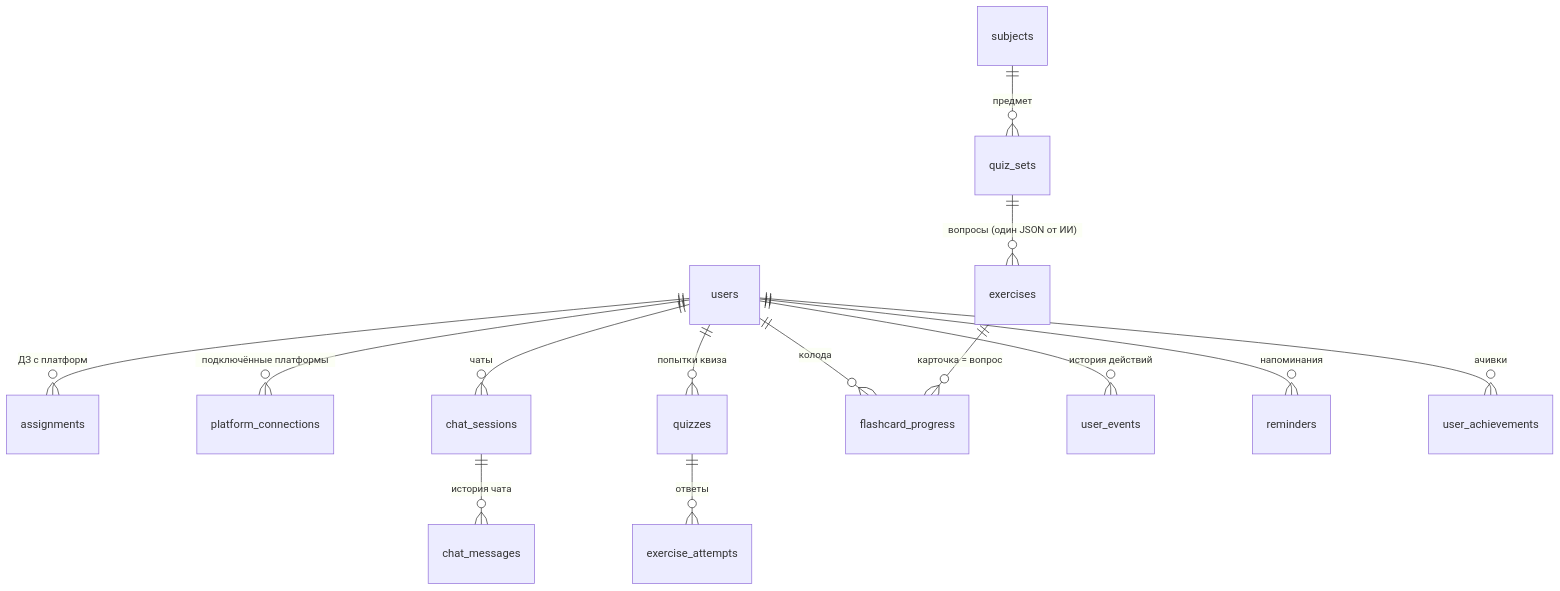
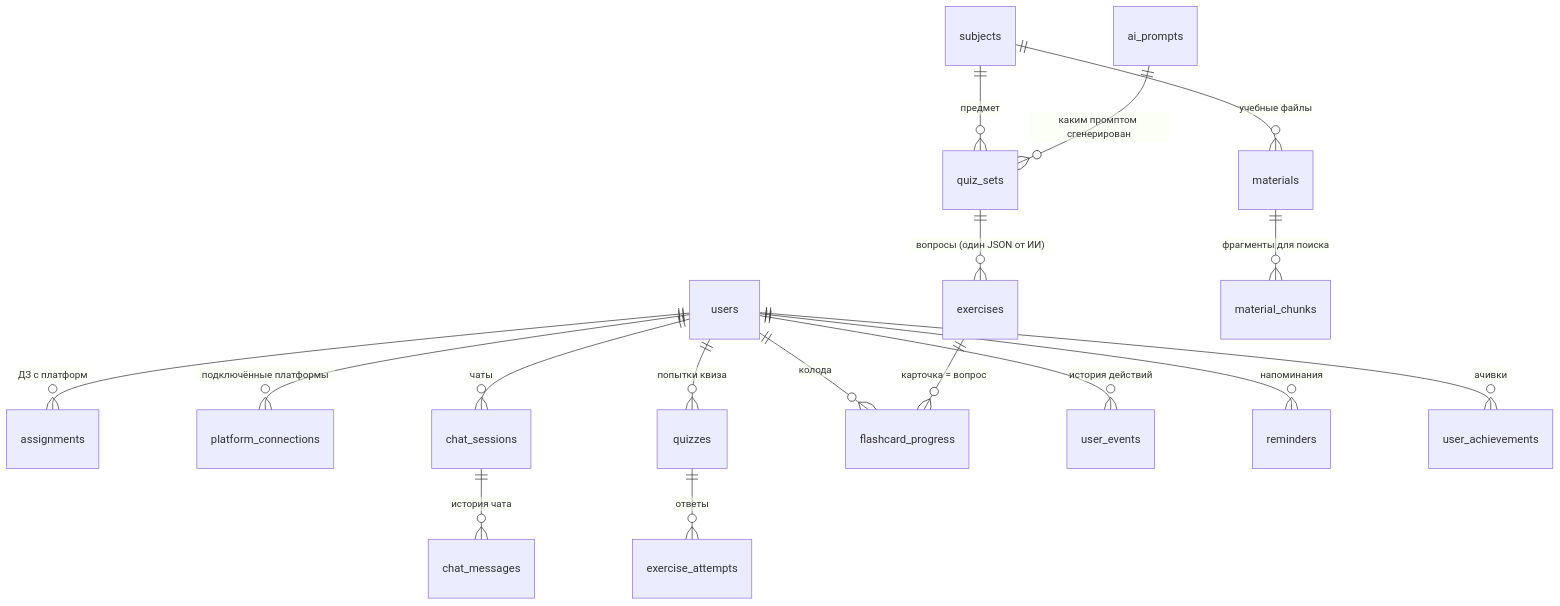
One commit to two-bits1/LekseRadar changed the second of 8 diagrams in docs/ARCHITECTURE.md. Above: the diagram before and after it, drawn with Mermaid. The commit also changed other lines of this file, not shown here.

First line of the commit message:
docs: ARCHITECTURE — промпты и материалы тьютора в схеме, API и порядке работы

````diff
--- a/docs/ARCHITECTURE.md
+++ b/docs/ARCHITECTURE.md
@@ -59,16 +59,19 @@
 ```mermaid
 erDiagram
     users ||--o{ assignments : "ДЗ с платформ"
     users ||--o{ platform_connections : "подключённые платформы"
     users ||--o{ chat_sessions : "чаты"
     chat_sessions ||--o{ chat_messages : "история чата"
     subjects ||--o{ quiz_sets : "предмет"
     quiz_sets ||--o{ exercises : "вопросы (один JSON от ИИ)"
     users ||--o{ quizzes : "попытки квиза"
     quizzes ||--o{ exercise_attempts : "ответы"
     users ||--o{ flashcard_progress : "колода"
     exercises ||--o{ flashcard_progress : "карточка = вопрос"
     users ||--o{ user_events : "история действий"
     users ||--o{ reminders : "напоминания"
     users ||--o{ user_achievements : "ачивки"
+    subjects ||--o{ materials : "учебные файлы"
+    materials ||--o{ material_chunks : "фрагменты для поиска"
+    ai_prompts ||--o{ quiz_sets : "каким промптом сгенерирован"
 ```
````
